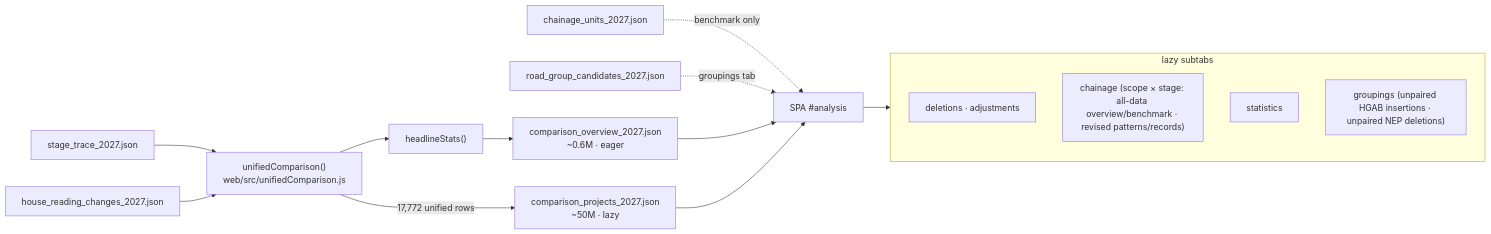
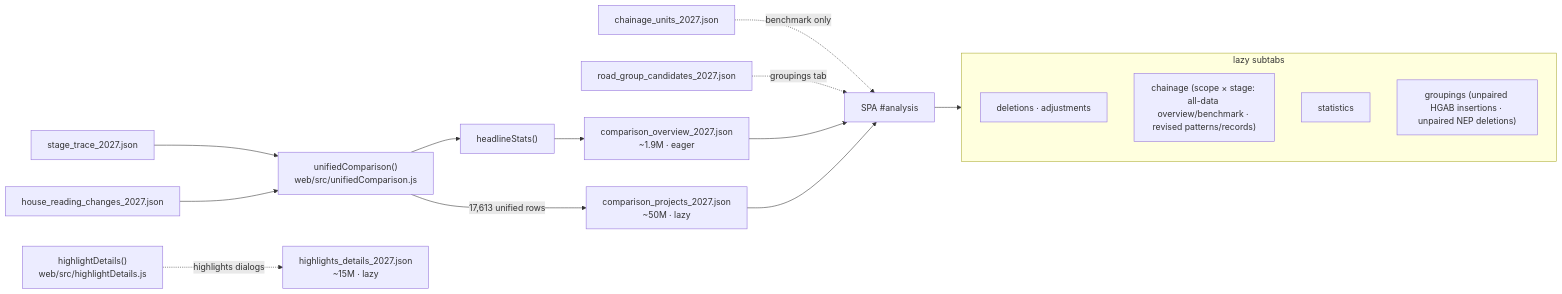
One commit to csiiiv/DPWH-NEP-HB-2027-ANALYSIS changed the fifth of 6 diagrams in analysis/docs/data_pipeline.md. Above: the diagram before and after it, drawn with Mermaid. The commit also changed other lines of this file and 24 other files, not shown here.

````diff
--- a/analysis/docs/data_pipeline.md
+++ b/analysis/docs/data_pipeline.md
@@ -263,19 +265,20 @@
 ```mermaid
 flowchart LR
     TRC["stage_trace_2027.json"] --> UC["unifiedComparison()<br/>web/src/unifiedComparison.js"]
     HRD["house_reading_changes_2027.json"] --> UC
-    UC -->|"17,772 unified rows"| FULL["comparison_projects_2027.json<br/>~50M · lazy"]
+    UC -->|"17,613 unified rows"| FULL["comparison_projects_2027.json<br/>~50M · lazy"]
     UC --> HS["headlineStats()"]
-    HS --> OV["comparison_overview_2027.json<br/>~0.6M · eager"]
+    HS --> OV["comparison_overview_2027.json<br/>~1.9M · eager"]
+    HLD["highlightDetails()<br/>web/src/highlightDetails.js"] -.->|"highlights dialogs"| DET["highlights_details_2027.json<br/>~15M · lazy"]
     CHU["chainage_units_2027.json"] -.->|"benchmark only"| SPA
     RDG["road_group_candidates_2027.json"] -.->|"groupings tab"| SPA
     OV --> SPA["SPA #analysis"]
     FULL --> SPA
     subgraph LAZY["lazy subtabs"]
         DEL["deletions · adjustments"]
         CHA["chainage (scope × stage: all-data overview/benchmark · revised patterns/records)"]
         STA["statistics"]
         RDG2["groupings (unpaired HGAB insertions · unpaired NEP deletions)"]
     end
     SPA --> LAZY
 ```
````
